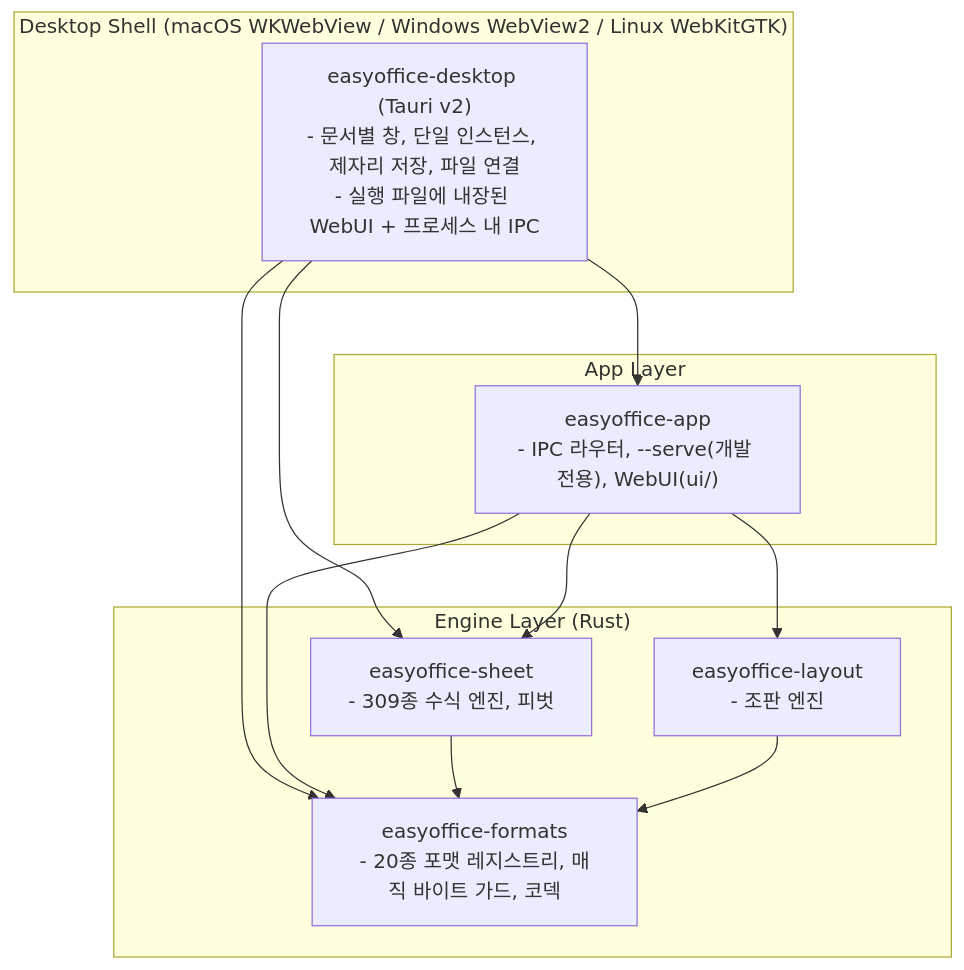
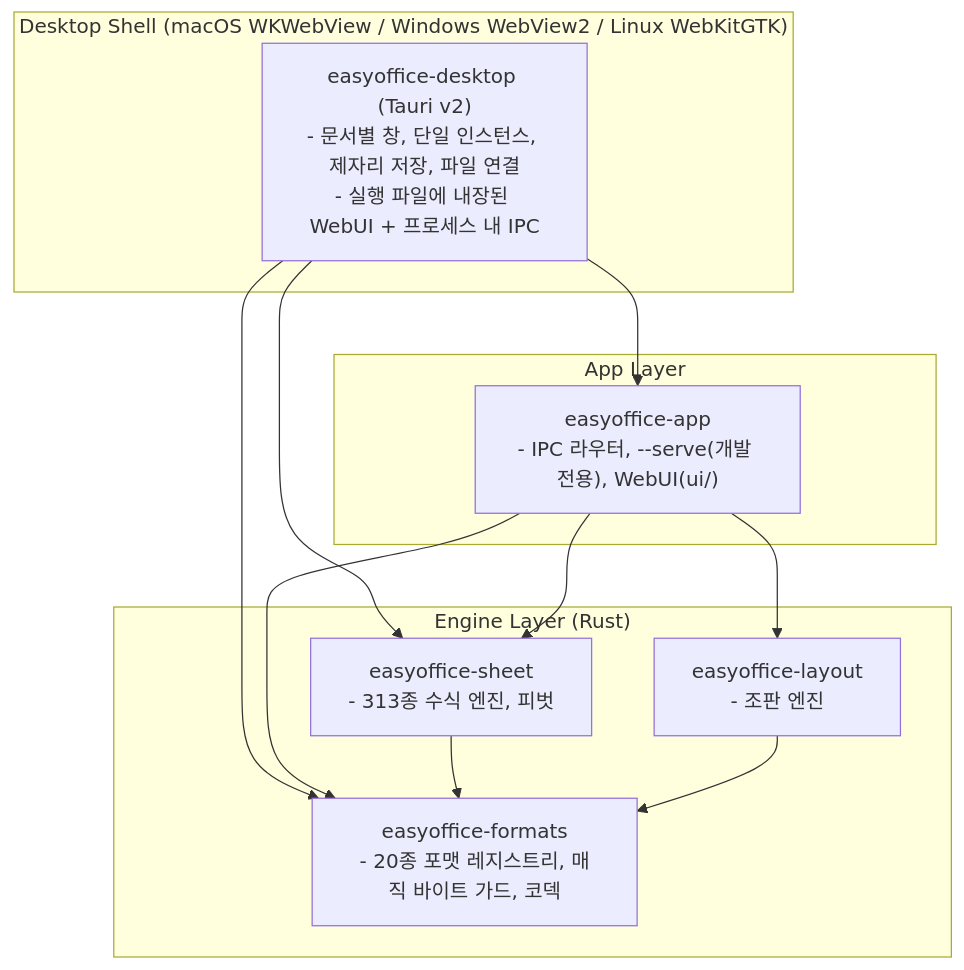
Before and after one commit to AquilaXk/easyoffice: the diagram in docs/architecture.md, drawn with Mermaid. The commit also changed 17 other files, not shown here.

````diff
--- a/docs/architecture.md
+++ b/docs/architecture.md
@@ -11,22 +11,22 @@
 ```mermaid
 flowchart TD
     subgraph ShellLayer["Desktop Shell (macOS WKWebView / Windows WebView2 / Linux WebKitGTK)"]
         Desktop["easyoffice-desktop (Tauri v2)\n- 문서별 창, 단일 인스턴스, 제자리 저장, 파일 연결\n- 실행 파일에 내장된 WebUI + 프로세스 내 IPC"]
     end
     subgraph AppLayer["App Layer"]
         App["easyoffice-app\n- IPC 라우터, --serve(개발 전용), WebUI(ui/)"]
     end
     subgraph CoreLayer["Engine Layer (Rust)"]
         Formats["easyoffice-formats\n- 20종 포맷 레지스트리, 매직 바이트 가드, 코덱"]
-        Sheet["easyoffice-sheet\n- 309종 수식 엔진, 피벗"]
+        Sheet["easyoffice-sheet\n- 313종 수식 엔진, 피벗"]
         Layout["easyoffice-layout\n- 조판 엔진"]
     end
     Desktop --> App
     Desktop --> Formats
     Desktop --> Sheet
     App --> Formats
     App --> Sheet
     App --> Layout
     Sheet --> Formats
     Layout --> Formats
 ```
````
